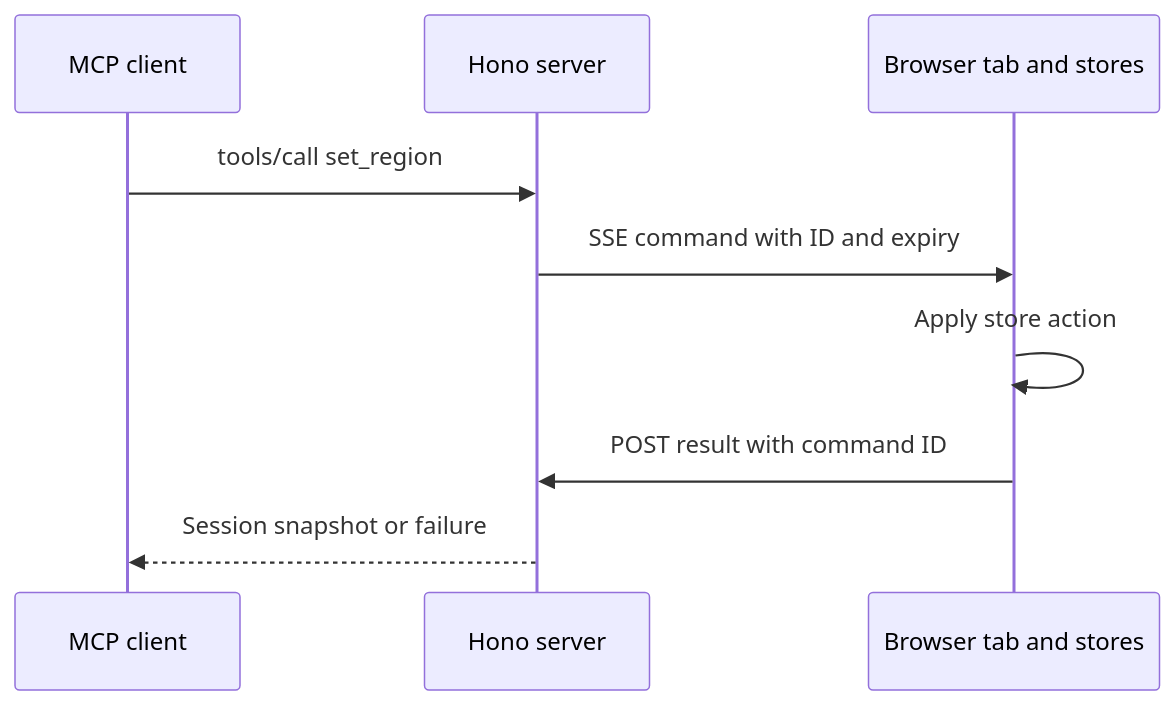
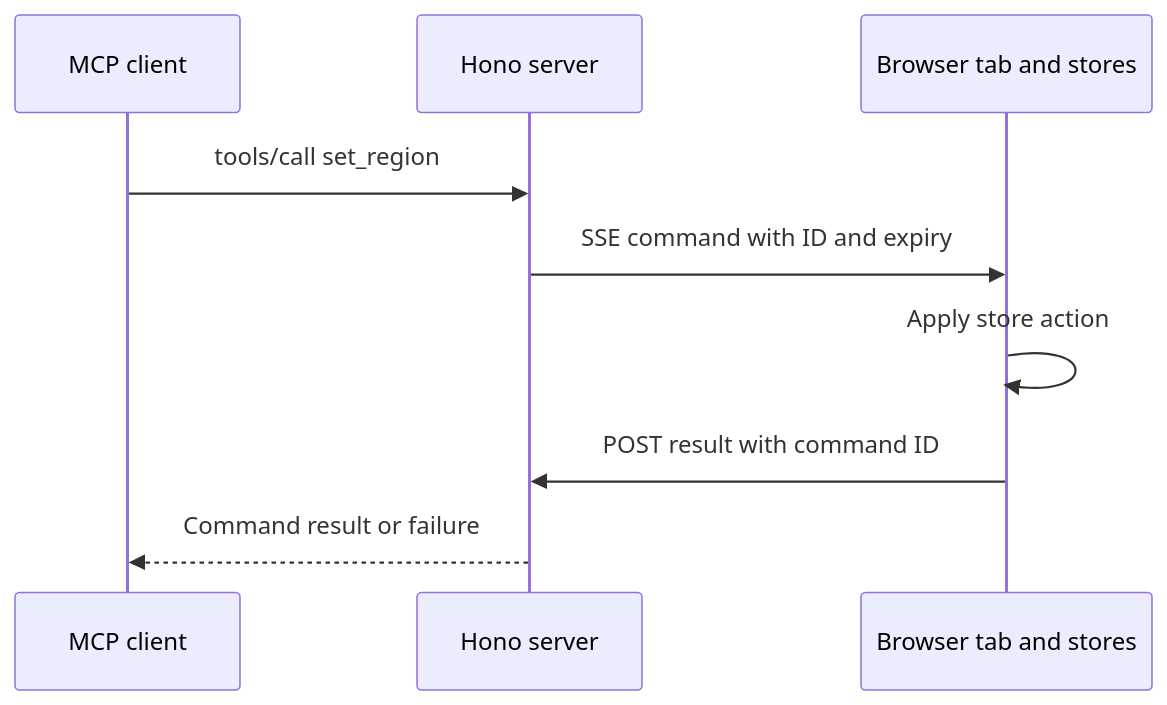
Before and after one commit to weng-lab/genomebrowser: the second of 3 diagrams in apps/web/docs/02-guides/dataFlow.md, drawn with Mermaid. The commit also changed other lines of this file and 187 other files, not shown here.

Commit message:
Refactor app architecture around sessions and optional MCP (#357)

````diff
--- a/apps/web/docs/02-guides/dataFlow.md
+++ b/apps/web/docs/02-guides/dataFlow.md
@@ -51,11 +54,11 @@
 ```mermaid
 sequenceDiagram
   participant Agent as MCP client
   participant Server as Hono server
   participant Tab as Browser tab and stores
   Agent->>Server: tools/call set_region
   Server->>Tab: SSE command with ID and expiry
   Tab->>Tab: Apply store action
   Tab->>Server: POST result with command ID
-  Server-->>Agent: Session snapshot or failure
+  Server-->>Agent: Command result or failure
 ```
````
